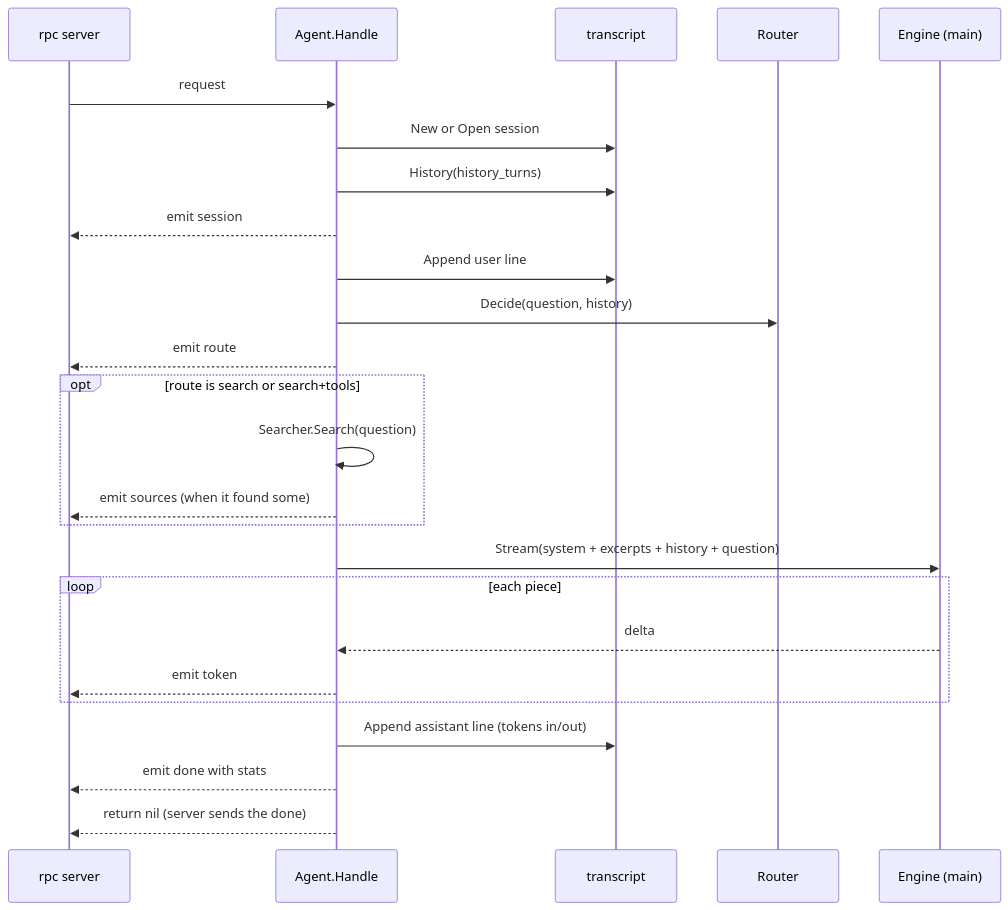
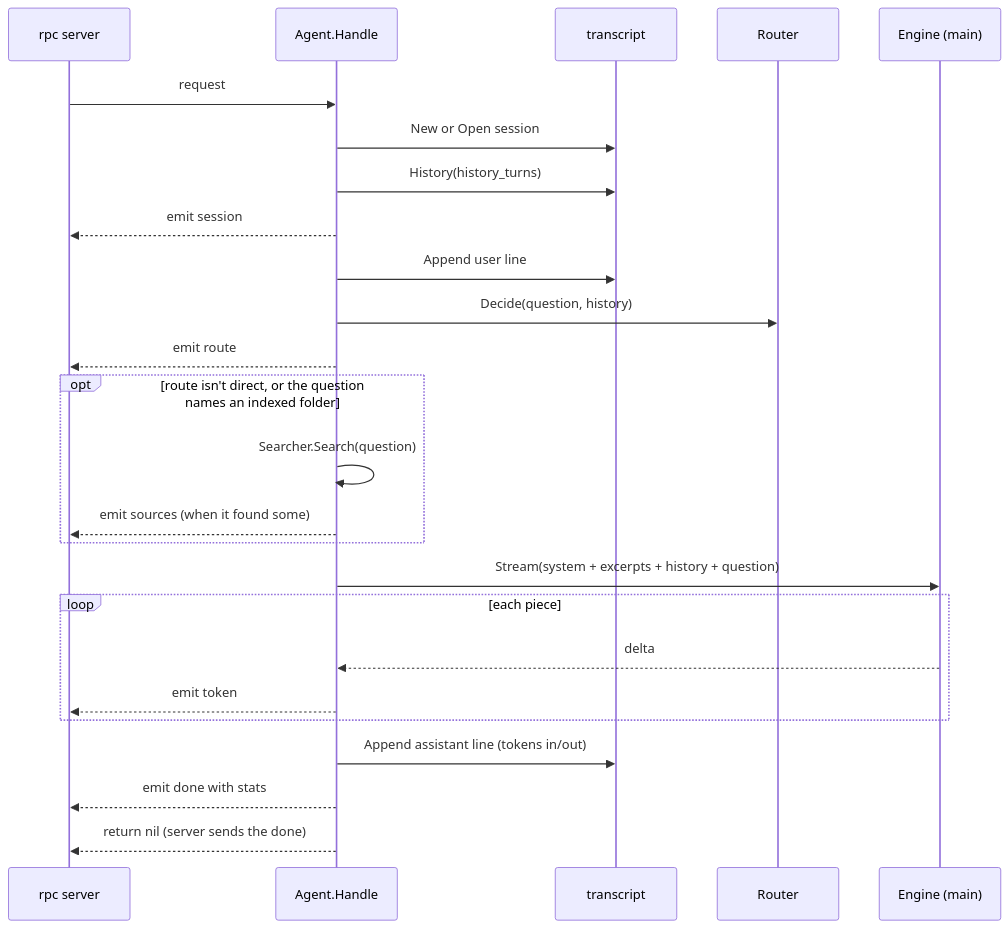
The diagram in docs/coding-notes/agent.md (aarora79/meru), drawn with Mermaid before and after one commit. The commit also changed other lines of this file and 21 other files, not shown here.

First line of the commit message:
Route questions about your own folders to search

````diff
--- a/docs/coding-notes/agent.md
+++ b/docs/coding-notes/agent.md
@@ -25,27 +25,27 @@
 ```mermaid
 sequenceDiagram
     participant S as rpc server
     participant A as Agent.Handle
     participant T as transcript
     participant R as Router
     participant E as Engine (main)
     S->>A: request
     A->>T: New or Open session
     A->>T: History(history_turns)
     A-->>S: emit session
     A->>T: Append user line
     A->>R: Decide(question, history)
     A-->>S: emit route
-    opt route is search or search+tools
+    opt route isn't direct, or the question names an indexed folder
         A->>A: Searcher.Search(question)
         A-->>S: emit sources (when it found some)
     end
     A->>E: Stream(system + excerpts + history + question)
     loop each piece
         E-->>A: delta
         A-->>S: emit token
     end
     A->>T: Append assistant line (tokens in/out)
     A-->>S: emit done with stats
     A-->>S: return nil (server sends the done)
 ```
````
